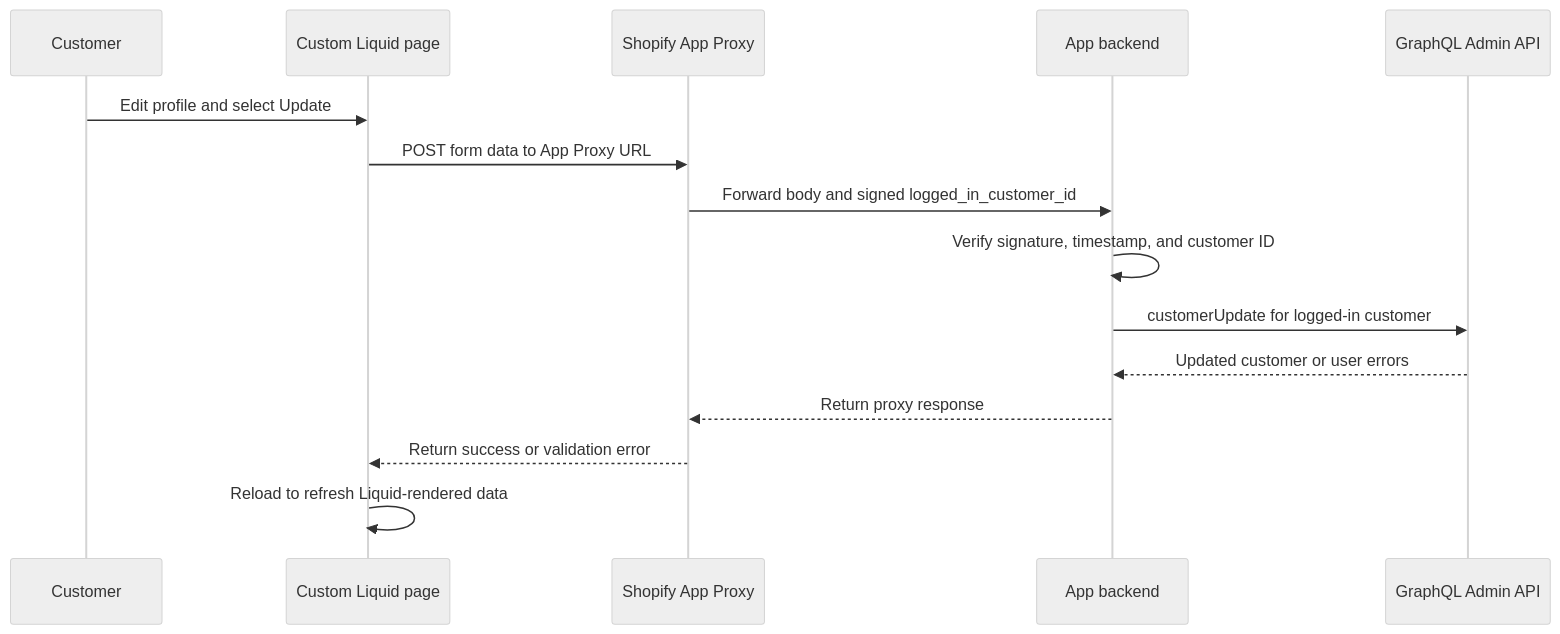
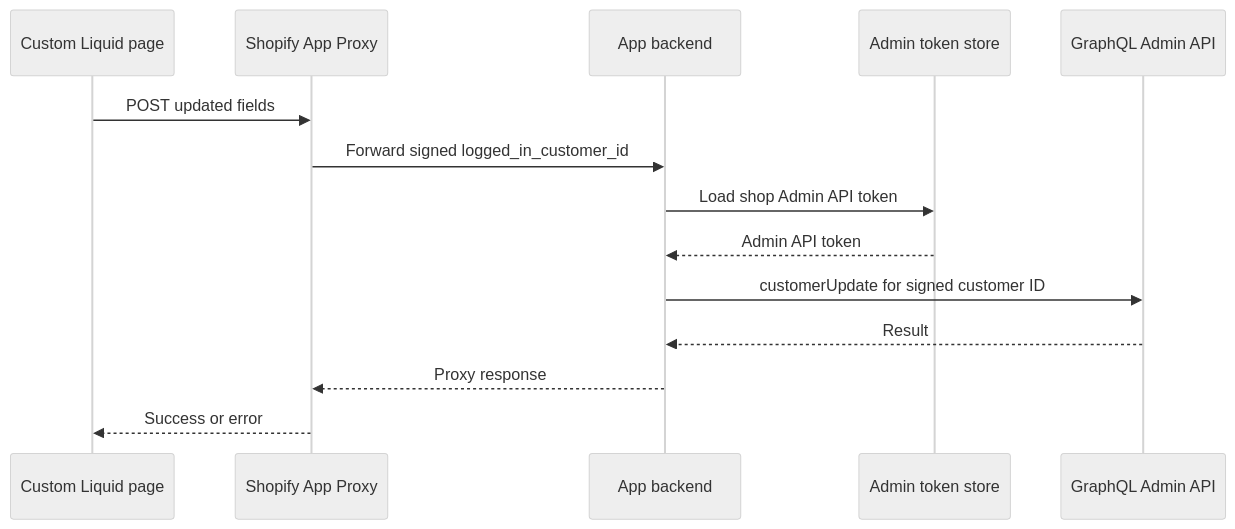
One commit to benzookapi/open_id_connect_sso_sample changed the fourth of 4 diagrams in theme/README.md. Above: the diagram before and after it, drawn with Mermaid (neutral theme). The commit also changed other lines of this file, not shown here.

Commit message:
Simplify Liquid customer update flows

````diff
--- a/theme/README.md
+++ b/theme/README.md
@@ -193,18 +181,17 @@
 ```mermaid
 sequenceDiagram
-    participant Customer
     participant Page as Custom Liquid page
-    participant Shopify as Shopify App Proxy
+    participant Proxy as Shopify App Proxy
     participant App as App backend
+    participant Store as Admin token store
     participant Admin as GraphQL Admin API
 
-    Customer->>Page: Edit profile and select Update
-    Page->>Shopify: POST form data to App Proxy URL
-    Shopify->>App: Forward body and signed logged_in_customer_id
-    App->>App: Verify signature, timestamp, and customer ID
-    App->>Admin: customerUpdate for logged-in customer
-    Admin-->>App: Updated customer or user errors
-    App-->>Shopify: Return proxy response
-    Shopify-->>Page: Return success or validation error
-    Page->>Page: Reload to refresh Liquid-rendered data
+    Page->>Proxy: POST updated fields
+    Proxy->>App: Forward signed logged_in_customer_id
+    App->>Store: Load shop Admin API token
+    Store-->>App: Admin API token
+    App->>Admin: customerUpdate for signed customer ID
+    Admin-->>App: Result
+    App-->>Proxy: Proxy response
+    Proxy-->>Page: Success or error
 ```
````
